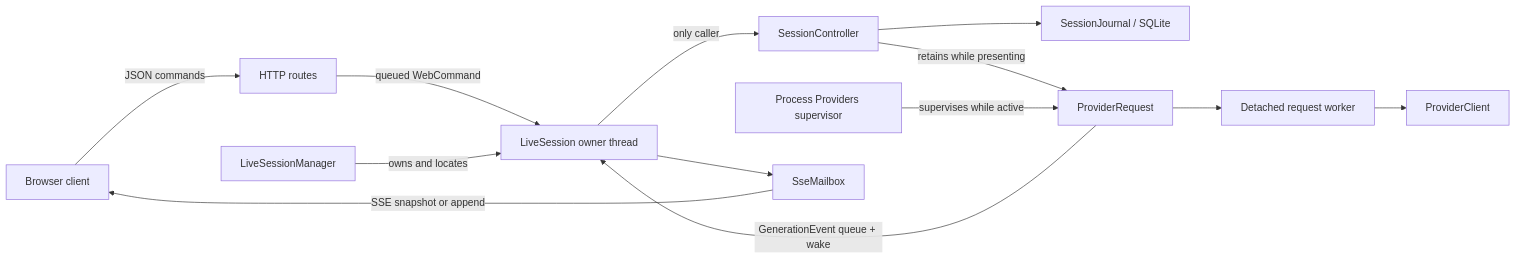
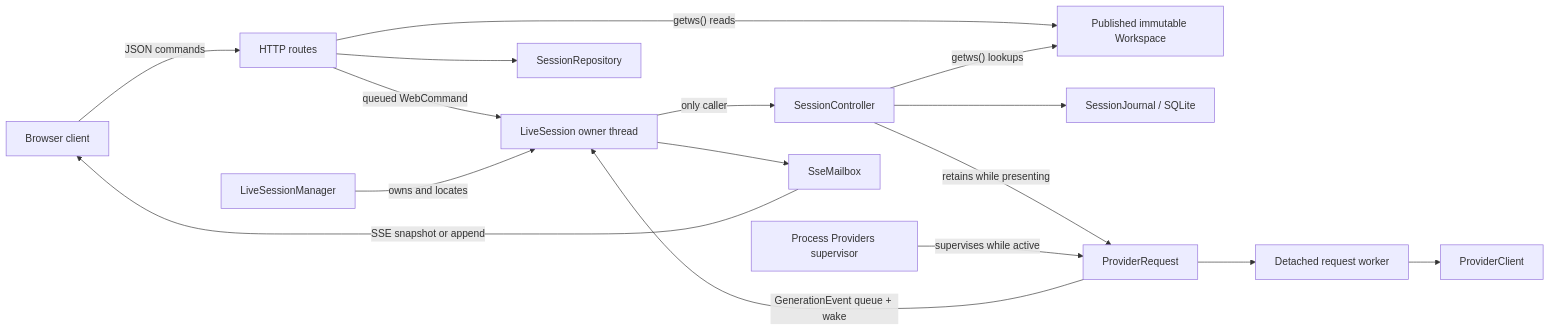
Before and after one commit to michaelpopov/cha: the diagram in docs/tutorial.md, drawn with Mermaid. The commit also changed other lines of this file, not shown here.

````diff
--- a/docs/tutorial.md
+++ b/docs/tutorial.md
@@ -70,27 +70,32 @@
 ```mermaid
 flowchart LR
     Browser["Browser client"]
     Routes["HTTP routes"]
     Manager["LiveSessionManager"]
     Actor["LiveSession owner thread"]
     Controller["SessionController"]
+    Workspace["Published immutable Workspace"]
+    Repository["SessionRepository"]
     Journal["SessionJournal / SQLite"]
     Providers["Process Providers supervisor"]
     Request["ProviderRequest"]
     Worker["Detached request worker"]
     Provider["ProviderClient"]
     Mailbox["SseMailbox"]
 
     Browser -->|"JSON commands"| Routes
+    Routes -->|"getws() reads"| Workspace
+    Routes --> Repository
     Routes -->|"queued WebCommand"| Actor
     Manager -->|"owns and locates"| Actor
     Actor -->|"only caller"| Controller
+    Controller -->|"getws() lookups"| Workspace
     Controller --> Journal
     Controller -->|"retains while presenting"| Request
     Providers -->|"supervises while active"| Request
     Request --> Worker
     Worker --> Provider
     Request -->|"GenerationEvent queue + wake"| Actor
     Actor --> Mailbox
     Mailbox -->|"SSE snapshot or append"| Browser
 ```
````
